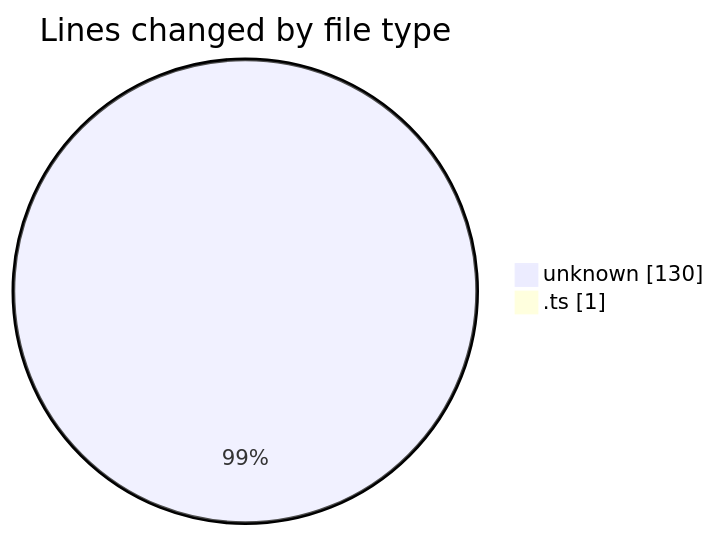
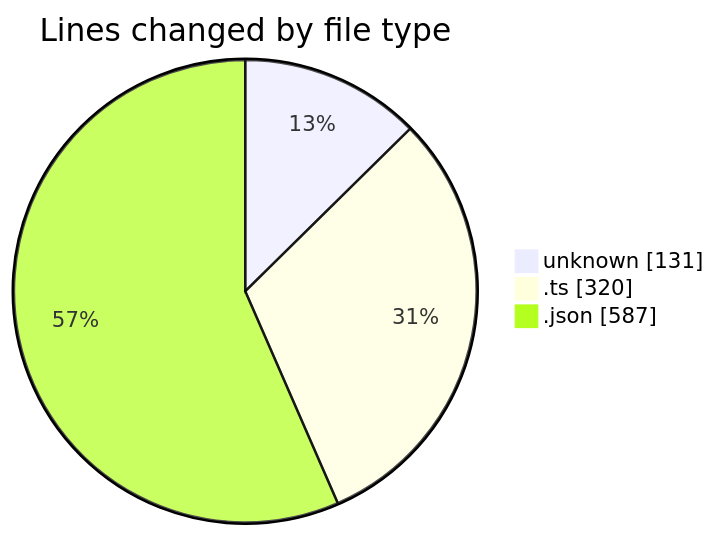
One commit to EIIisD/code-tracking changed the first of 2 diagrams in 2025-08-17/claudecraft/README.md. Above: the diagram before and after it, drawn with Mermaid. The commit also changed other lines of this file and 1 other file, not shown here.

````diff
--- a/2025-08-17/claudecraft/README.md
+++ b/2025-08-17/claudecraft/README.md
@@ -21,6 +24,7 @@
 ```mermaid
 pie showData
 title Lines changed by file type
-"unknown" : 130
-".ts" : 1
+"unknown" : 131
+".ts" : 320
+".json" : 587
 ```
````
